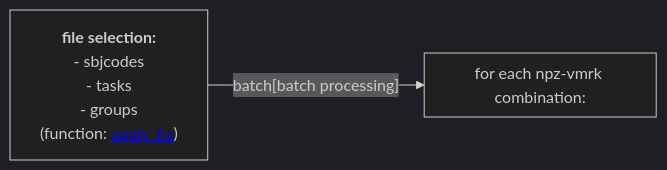
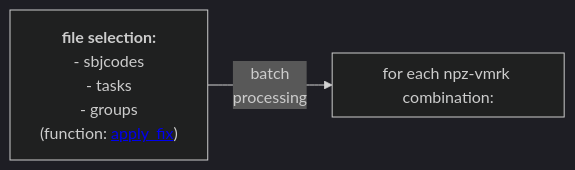
Before and after one commit to neuro-dream/Trigger-Fix: the diagram in README.md, drawn with Mermaid (dark theme).

````diff
--- a/README.md
+++ b/README.md
@@ -6,13 +6,13 @@
 ```mermaid
 graph LR;
     A["<b>file selection:</b><br> - sbjcodes<br> - tasks<br> - groups<br> (function: <a href='https://github.com/neurodream/Trigger-Fix/blob/main/trigfix/trigger_compare_functions.py#L92'>apply_fix</a>)"]
 
 subgraph for_each_file_comb["for each npz-vmrk combination:"]
     direction TB
 end
 
-    A--batch[batch processing]-->for_each_file_comb;
+    A--"batch <br>processing"-->for_each_file_comb;
     %% A-->C;
     %% B-->D;
     %% C-->D;
 ```
````
